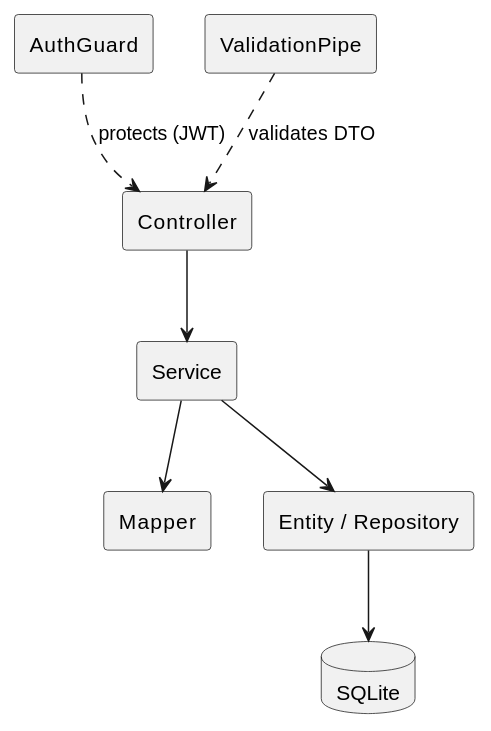
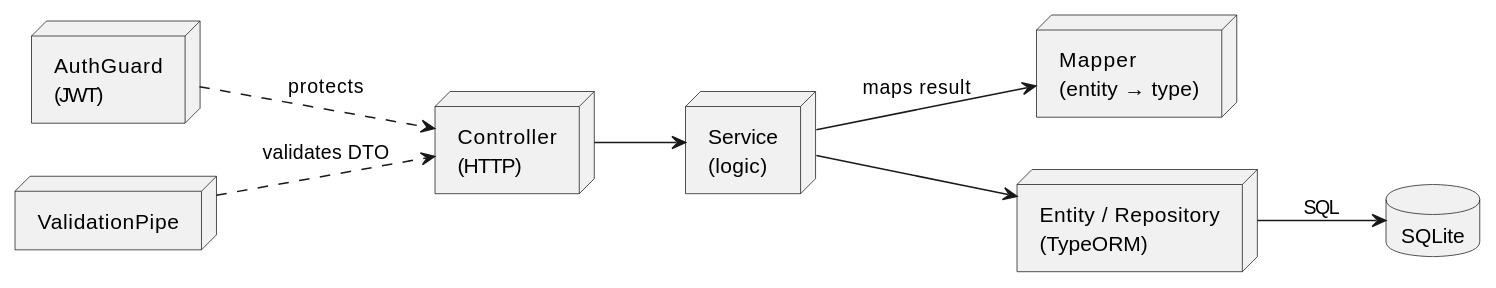
The second of 3 diagrams in docs/arc42/05_building_block_view.md (thomasprade/thro-sqs-2026), drawn with PlantUML before and after one commit. The commit also changed other lines of this file and 2 other files, not shown here.

Commit message:
docs: polish diagrams

````diff
--- a/docs/arc42/05_building_block_view.md
+++ b/docs/arc42/05_building_block_view.md
@@ -46,21 +46,21 @@
 ```puml
 @startuml
+left to right direction
 skinparam componentStyle rectangle
 
-[Controller] as ctrl
-[Service] as svc
-[Mapper] as map
-[Entity / Repository] as repo
+node "Controller\n(HTTP)" as ctrl
+node "Service\n(logic)" as svc
+node "Mapper\n(entity → type)" as map
+node "Entity / Repository\n(TypeORM)" as repo
 database "SQLite" as db
+node "AuthGuard\n(JWT)" as guard
+node "ValidationPipe" as pipe
 
-[AuthGuard] as guard
-[ValidationPipe] as pipe
-
-guard ..> ctrl : protects (JWT)
+guard ..> ctrl : protects
 pipe ..> ctrl : validates DTO
 ctrl --> svc
+svc --> map : maps result
 svc --> repo
-svc --> map
-repo --> db
+repo --> db : SQL
 @enduml
 ```
````
